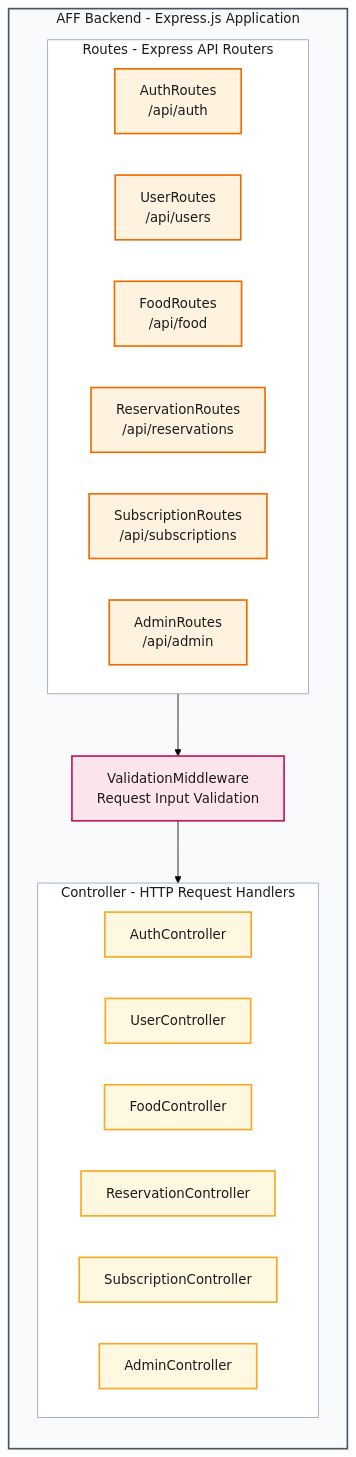
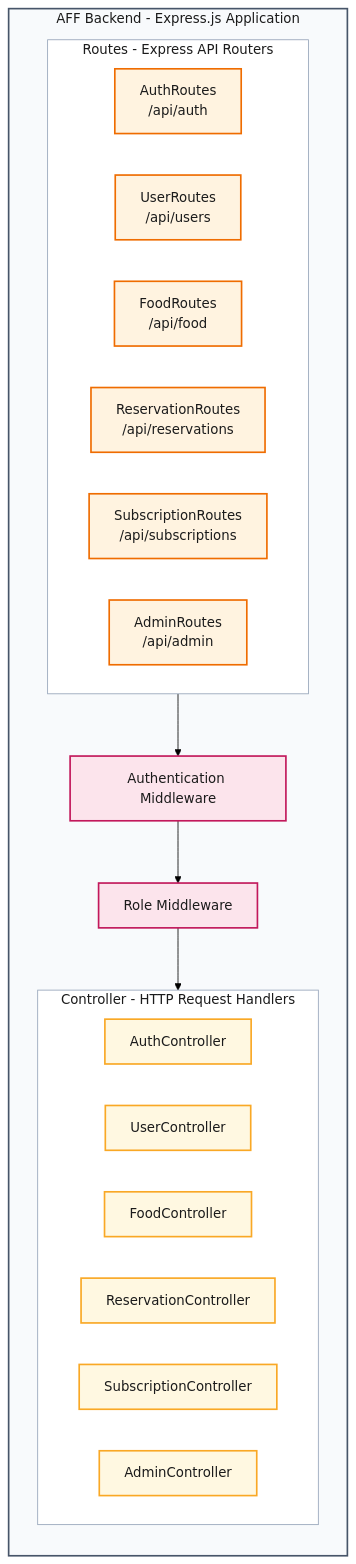
The diagram in docs/backend-component-diagram.md (2026B-FullStackDevelopment/aff), drawn with Mermaid (forest theme) before and after one commit. The commit also changed other lines of this file, not shown here.

Commit message:
Update backend-component-diagram with authentication & route middlewares

````diff
--- a/docs/backend-component-diagram.md
+++ b/docs/backend-component-diagram.md
@@ -5,48 +5,50 @@
 ```mermaid
 flowchart TB
   subgraph backend["AFF Backend - Express.js Application"]
     direction TB
 
     subgraph routes["Routes - Express API Routers"]
       direction LR
 
       auth["AuthRoutes<br/>/api/auth"]
       users["UserRoutes<br/>/api/users"]
       food["FoodRoutes<br/>/api/food"]
       reservations["ReservationRoutes<br/>/api/reservations"]
       subscriptions["SubscriptionRoutes<br/>/api/subscriptions"]
       admin["AdminRoutes<br/>/api/admin"]
     end
 
-    validation["ValidationMiddleware<br/>Request Input Validation"]
+    authentication["Authentication Middleware"]
+    role["Role Middleware"]
 
     subgraph controllers["Controller - HTTP Request Handlers"]
       direction LR
 
       authController["AuthController"]
       userController["UserController"]
       foodController["FoodController"]
       reservationController["ReservationController"]
       subscriptionController["SubscriptionController"]
       adminController["AdminController"]
     end
 
-    routes --> validation
-    validation --> controllers
+    routes --> authentication
+    authentication --> role
+    role --> controllers
 
   end
 
   classDef registryComponent fill:#E3F2FD,stroke:#1565C0,color:#1B1B1B,stroke-width:2px;
   classDef routeComponent fill:#FFF3E0,stroke:#EF6C00,color:#1B1B1B,stroke-width:2px;
-  classDef validationComponent fill:#FCE4EC,stroke:#C2185B,color:#1B1B1B,stroke-width:2px;
+  classDef middlewareComponent fill:#FCE4EC,stroke:#C2185B,color:#1B1B1B,stroke-width:2px;
   classDef controllerComponent fill:#FFF8E1,stroke:#F9A825,color:#1B1B1B,stroke-width:2px;
 
   class registry registryComponent;
   class auth,users,food,reservations,subscriptions,admin routeComponent;
-  class validation validationComponent;
+  class authentication,role middlewareComponent;
   class authController,userController,foodController,reservationController,subscriptionController,adminController controllerComponent;
 
   style backend fill:#F8FAFC,stroke:#475569,color:#1B1B1B,stroke-width:2px;
   style routes fill:#FFFFFF,stroke:#94A3B8,color:#1B1B1B,stroke-width:1px;
   style controllers fill:#FFFFFF,stroke:#94A3B8,color:#1B1B1B,stroke-width:1px;
 ```
````
